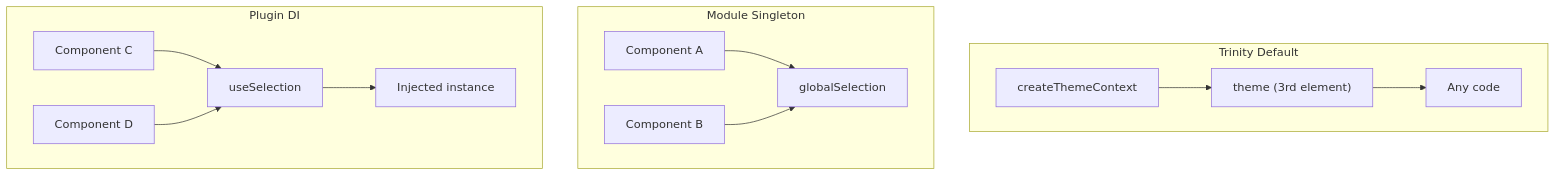
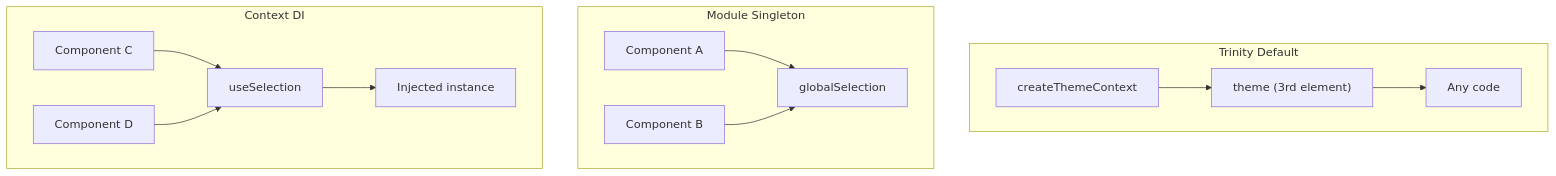
Before and after one commit to vuetifyjs/0: the first of 2 diagrams in apps/docs/src/pages/guide/fundamentals/composables.md, drawn with Mermaid. The commit also changed other lines of this file and 10 other files, not shown here.

````diff
--- a/apps/docs/src/pages/guide/fundamentals/composables.md
+++ b/apps/docs/src/pages/guide/fundamentals/composables.md
@@ -316,16 +322,16 @@
 ```mermaid "Sharing Patterns"
 flowchart TD
     subgraph Trinity Default
         T[createThemeContext] --> T3["theme (3rd element)"]
         T3 --> X[Any code]
     end
     subgraph Module Singleton
         A[Component A] --> S[globalSelection]
         B[Component B] --> S
     end
-    subgraph Plugin DI
+    subgraph Context DI
         C[Component C] --> P[useSelection]
         D[Component D] --> P
         P --> I[Injected instance]
     end
 ```
````
